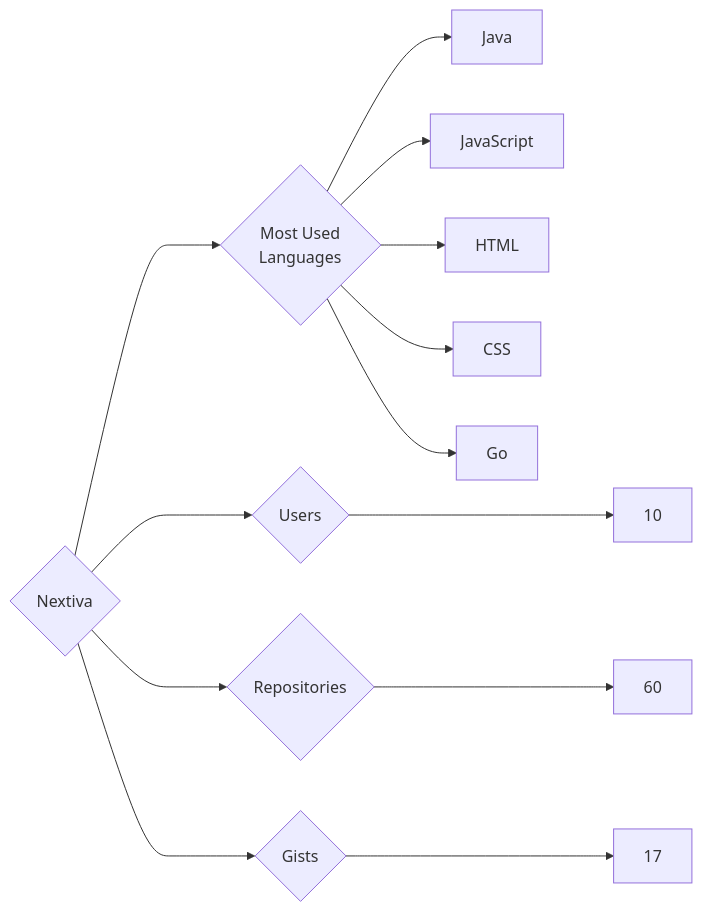
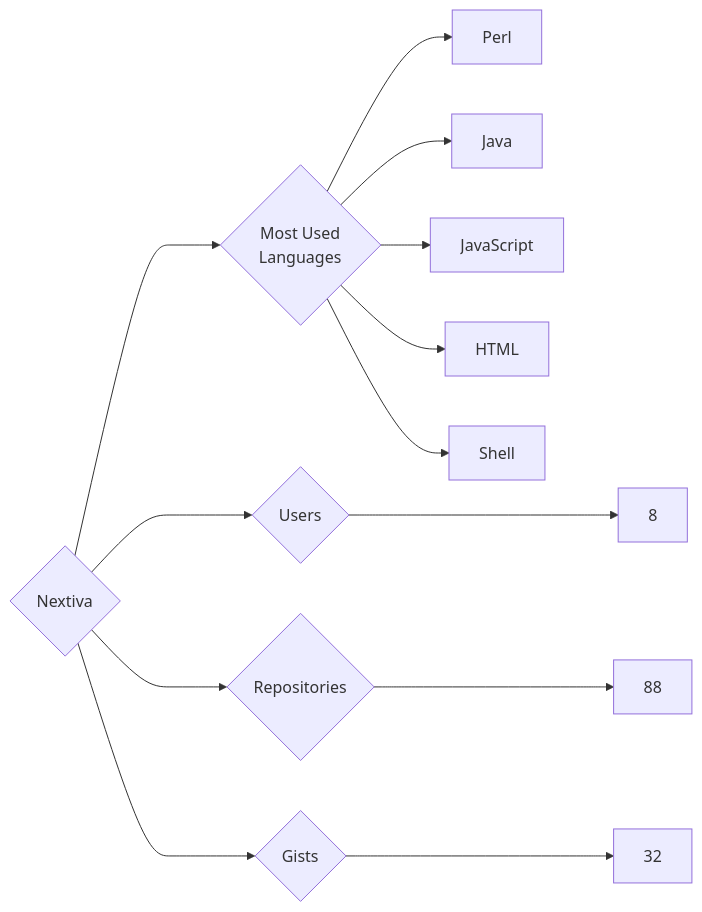
Before and after one commit to trickest/insiders: the diagram in targets/Nextiva/README.md, drawn with Mermaid. The commit also changed 1484 other files, not shown here.

````diff
--- a/targets/Nextiva/README.md
+++ b/targets/Nextiva/README.md
@@ -3,13 +3,13 @@
 ```mermaid
 graph LR
 COMPANY_NAME{Nextiva}
-COMPANY_NAME ---> U{Users} ---> UN[10]
-COMPANY_NAME ---> R{Repositories} ---> RN[60]
-COMPANY_NAME ---> G{Gists} ---> GN[17]
+COMPANY_NAME ---> U{Users} ---> UN[8]
+COMPANY_NAME ---> R{Repositories} ---> RN[88]
+COMPANY_NAME ---> G{Gists} ---> GN[32]
 COMPANY_NAME ---> ML{Most Used<br>Languages}
+ML --> Perl[Perl]
 ML --> Java[Java]
 ML --> JavaScript[JavaScript]
 ML --> HTML[HTML]
-ML --> CSS[CSS]
-ML --> Go[Go]
+ML --> Shell[Shell]
 ```
````
